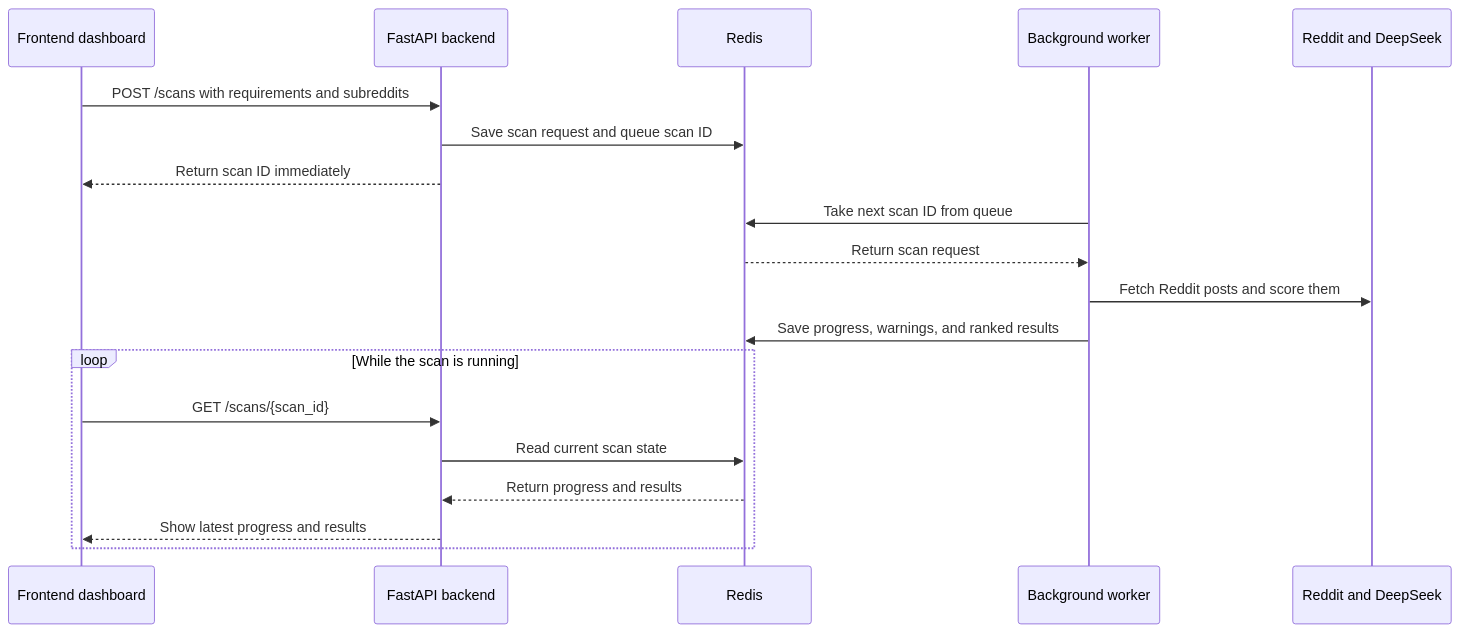
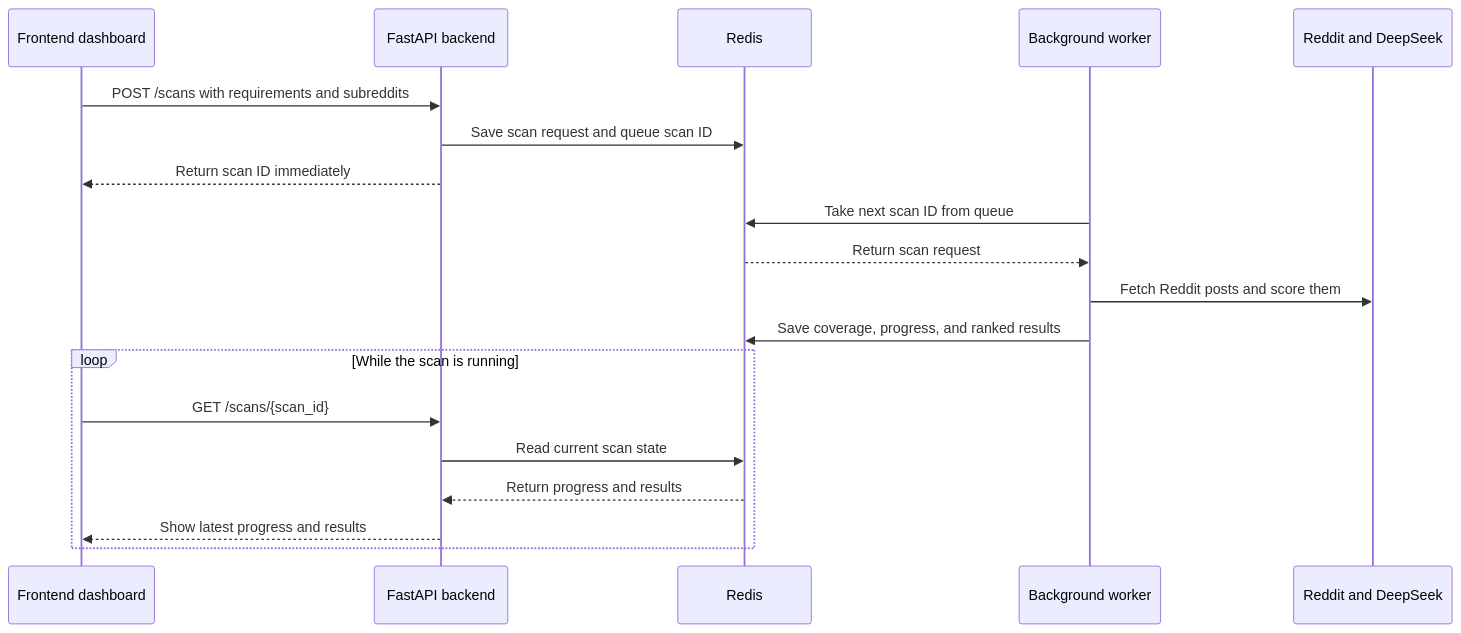
One commit to gladydennyson/sift changed the diagram in README.md. Above: the diagram before and after it, drawn with Mermaid. The commit also changed other lines of this file and 16 other files, not shown here.

````diff
--- a/README.md
+++ b/README.md
@@ -80,22 +195,22 @@
 ```mermaid
 sequenceDiagram
     participant F as Frontend dashboard
     participant A as FastAPI backend
     participant R as Redis
     participant W as Background worker
     participant X as Reddit and DeepSeek
 
     F->>A: POST /scans with requirements and subreddits
     A->>R: Save scan request and queue scan ID
     A-->>F: Return scan ID immediately
     W->>R: Take next scan ID from queue
     R-->>W: Return scan request
     W->>X: Fetch Reddit posts and score them
-    W->>R: Save progress, warnings, and ranked results
+    W->>R: Save coverage, progress, and ranked results
     loop While the scan is running
         F->>A: GET /scans/{scan_id}
         A->>R: Read current scan state
         R-->>A: Return progress and results
         A-->>F: Show latest progress and results
     end
 ```
````
